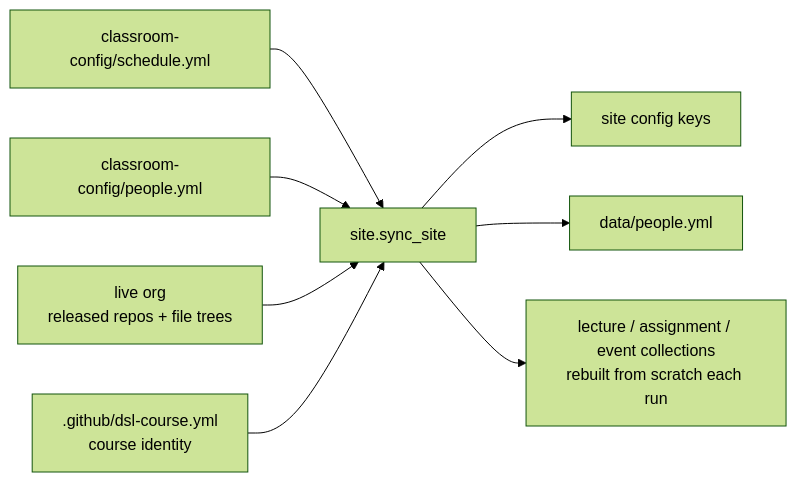
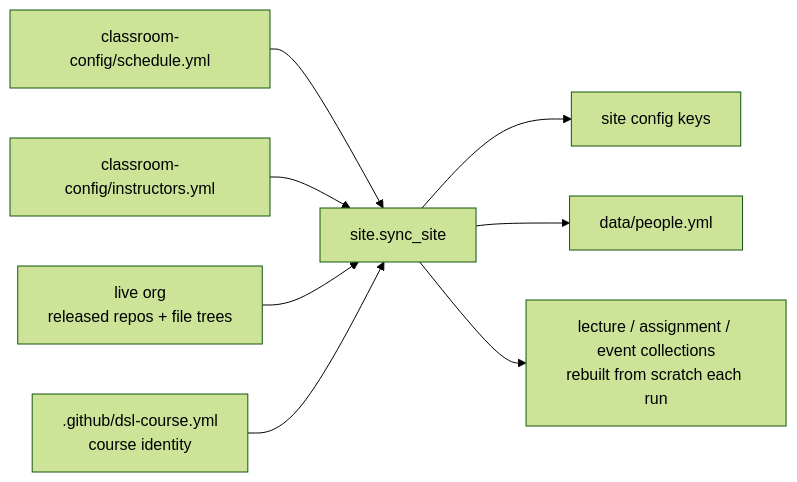
The tenth of 10 diagrams in docs-admin-arch/architecture.md (hertie-data-science-lab/dsl-teaching-toolkit), drawn with Mermaid (forest theme) before and after one commit. The commit also changed other lines of this file and 81 other files, not shown here.

First line of the commit message:
refactor(names): declare a semester's instructors in instructors.yml

````diff
--- a/docs-admin-arch/architecture.md
+++ b/docs-admin-arch/architecture.md
@@ -629,13 +629,13 @@
 ```mermaid
 flowchart LR
   sch["classroom-config/schedule.yml"] --> sync["site.sync_site"]
-  ppl["classroom-config/people.yml"] --> sync
+  ppl["classroom-config/instructors.yml"] --> sync
   live["`live org
 released repos + file trees`"] --> sync
   meta["`.github/dsl-course.yml
 course identity`"] --> sync
   sync --> cfg["site config keys"]
   sync --> dat["data/people.yml"]
   sync --> col["`lecture / assignment / event collections
 rebuilt from scratch each run`"]
 ```
````
